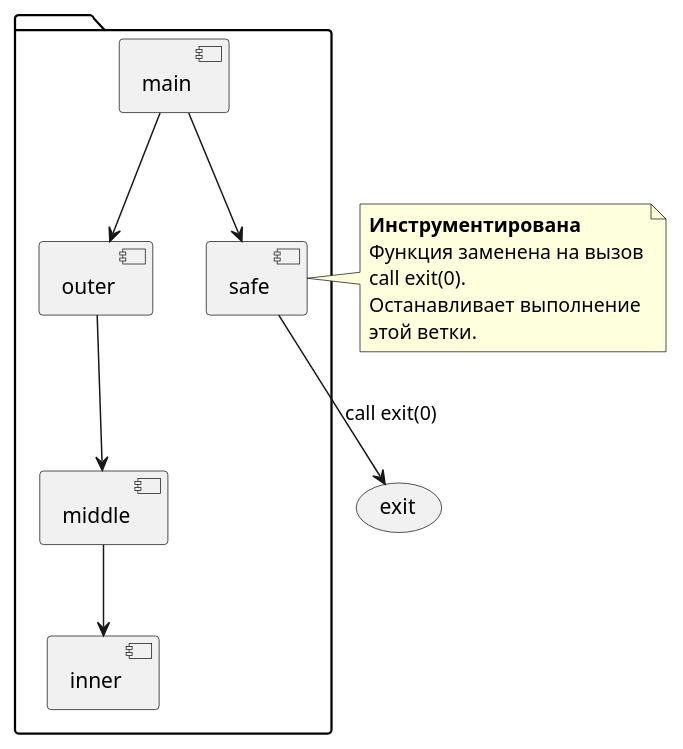
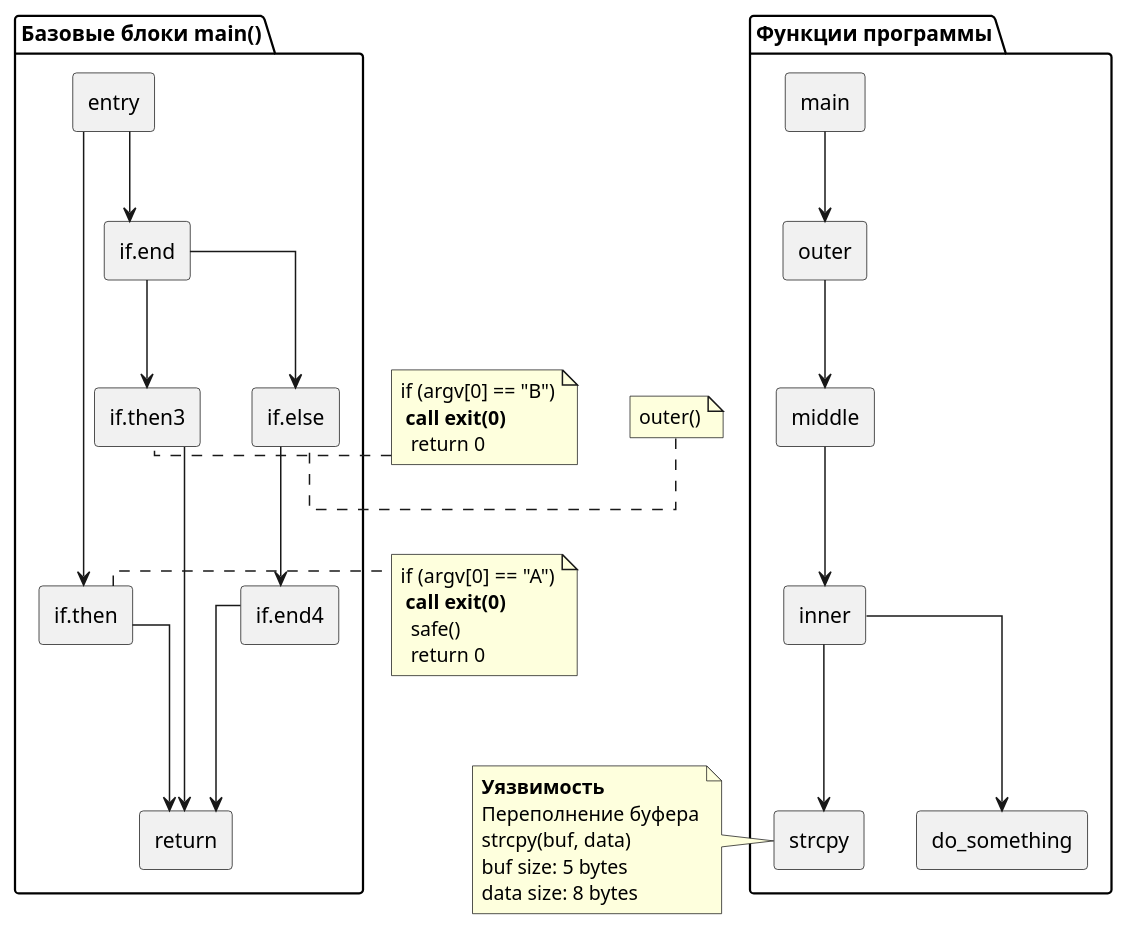
The diagram in diagrams/instrumented_ll.puml (senina-m/direct-fuzzing-with-llvm-module), drawn with PlantUML before and after one commit. The commit also changed 4 other files, not shown here.

Commit message:
update diagrams

```diff
--- a/diagrams/instrumented_ll.puml
+++ b/diagrams/instrumented_ll.puml
@@ -1,29 +1,68 @@
 @startuml
+skinparam linetype ortho
+skinparam shadowing false
+skinparam defaultTextAlignment left
 
-package {
-  [main] as main
-  [outer] as outer
-  [middle] as middle
-  [inner] as inner
-  [safe] as safe
+' --- Базовые блоки main ---
+package "Базовые блоки main()" {
+rectangle "entry" as entry
+rectangle "if.then" as if_then
+rectangle "if.end" as if_end
+rectangle "if.then3" as if_then3
+rectangle "if.else" as if_else
+rectangle "if.end4" as if_end4
+rectangle "return" as return
+}
+' --- Поток управления ---
+
+entry --> if_then
+entry --> if_end
+if_then --> return
+if_end --> if_then3
+if_end --> if_else
+if_then3 --> return
+if_else --> if_end4
+if_end4 --> return
+
+
+' --- Вызовы внутри блоков ---
+note right of if_then
+if (argv[0] == "A")
+ <b>call exit(0)</b>
+  safe()
+  return 0
+end note
+note left of if_then3
+if (argv[0] == "B")
+ <b>call exit(0)</b>
+  return 0
+end note
+note left of if_else
+  outer()
+end note
+
+' --- Вызываемые функции ---
+package "Функции программы" {
+rectangle "main"
+rectangle "outer"
+rectangle "middle"
+rectangle "inner"
+rectangle "do_something"
+rectangle "strcpy"
 }
 
-' Normal calls
 main --> outer
 outer --> middle
 middle --> inner
+inner --> do_something
+inner --> strcpy
 
-' Instrumented call
-main --> safe
-safe --> (exit) : call exit(0)
-
-' Note on instrumentation
-note right of safe
-  <b>Инструментирована</b>
-  Функция заменена на вызов
-  call exit(0).
-  Останавливает выполнение
-  этой ветки.
+note left of strcpy
+  <b>Уязвимость</b>
+  Переполнение буфера
+  strcpy(buf, data)
+  buf size: 5 bytes
+  data size: 8 bytes
 end note
 
 @enduml
```
